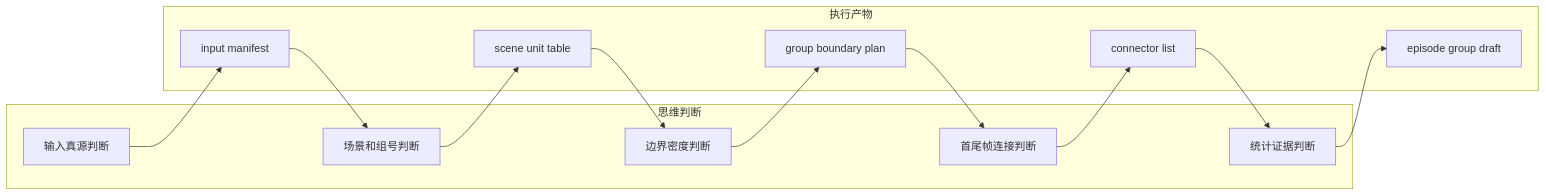
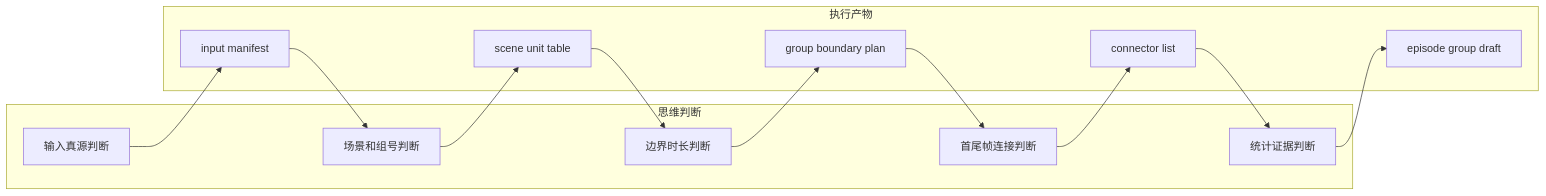
The second of 3 diagrams in .agents/skills/aigc/4-分组/steps/grouping-workflow.md (ZEN-VOID/AI-CUT), drawn with Mermaid before and after one commit. The commit also changed other lines of this file and 33 other files, not shown here.

````diff
--- a/.agents/skills/aigc/4-分组/steps/grouping-workflow.md
+++ b/.agents/skills/aigc/4-分组/steps/grouping-workflow.md
@@ -35,18 +35,18 @@
 ```mermaid
 flowchart LR
     subgraph THINK["思维判断"]
         T1["输入真源判断"]
         T2["场景和组号判断"]
-        T4["边界密度判断"]
+        T4["边界时长判断"]
         T5["首尾帧连接判断"]
         T6["统计证据判断"]
     end
     subgraph EXEC["执行产物"]
         E1["input manifest"]
         E2["scene unit table"]
         E4["group boundary plan"]
         E5["connector list"]
         E6["episode group draft"]
     end
     T1 --> E1 --> T2 --> E2 --> T4 --> E4 --> T5 --> E5 --> T6 --> E6
 ```
````
